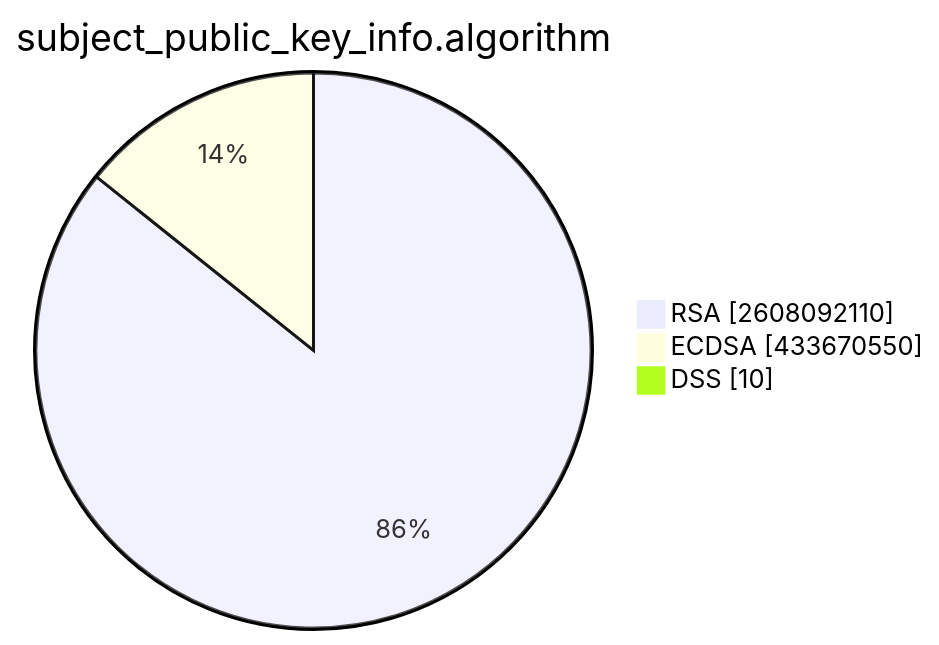
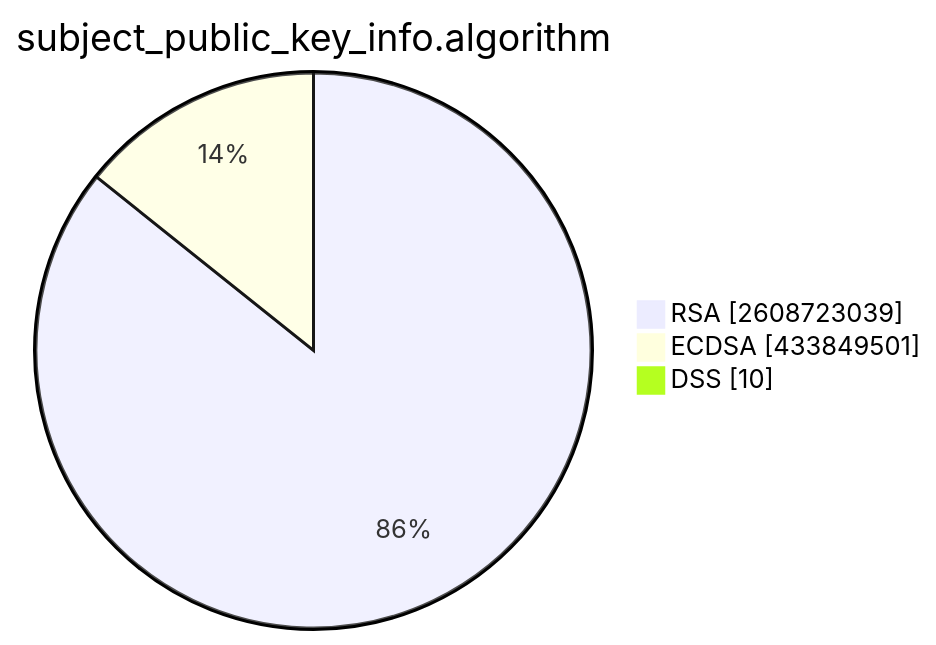
One commit to christiankrug/ctmonitor_visualization changed the second of 15 diagrams in TOTAL/README.md. Above: the diagram before and after it, drawn with Mermaid. The commit also changed other lines of this file, not shown here.

````diff
--- a/TOTAL/README.md
+++ b/TOTAL/README.md
@@ -6,7 +6,7 @@
 ```mermaid
 pie showData
 title subject_public_key_info.algorithm
-"RSA" :2608092110
-"ECDSA" :433670550
+"RSA" :2608723039
+"ECDSA" :433849501
 "DSS" :10
 ```
````
